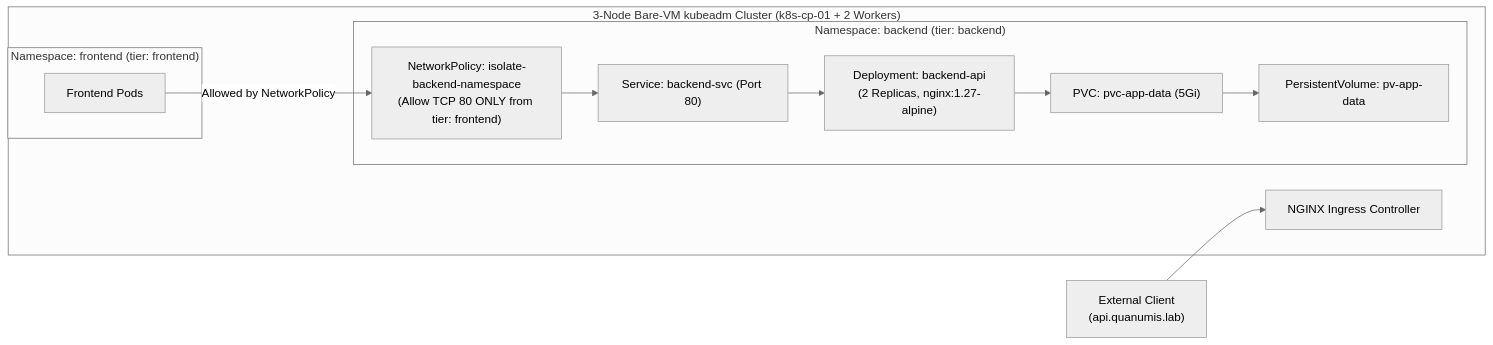
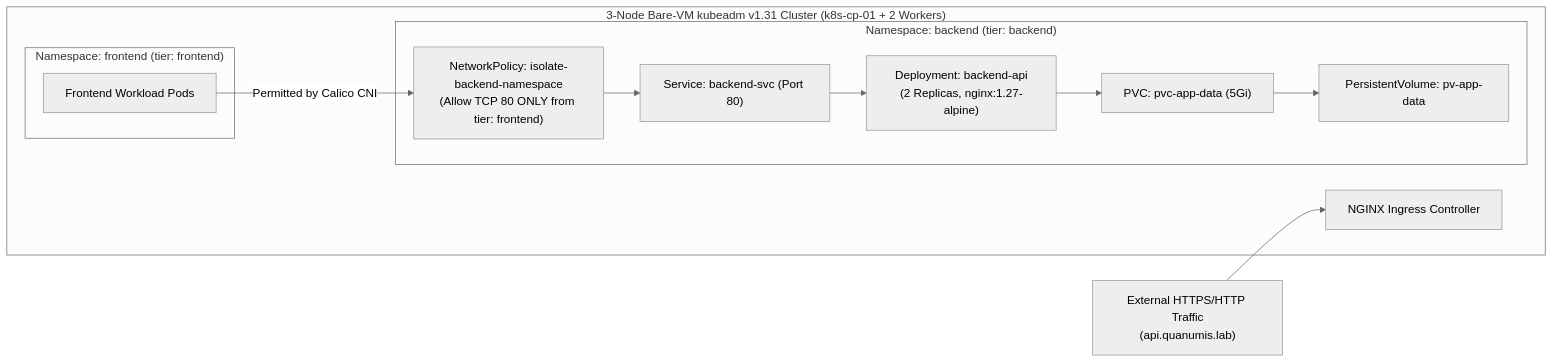
One commit to Phlotonic/home-lab-templates-portfolio changed the diagram in 06-cka-kubernetes-chaos-cluster/EXPLAIN-IT-SIMPLY.md. Above: the diagram before and after it, drawn with Mermaid (neutral theme). The commit also changed other lines of this file and 9 other files, not shown here.

Commit message:
docs(architecture): polish repository to enterprise production standard

````diff
--- a/06-cka-kubernetes-chaos-cluster/EXPLAIN-IT-SIMPLY.md
+++ b/06-cka-kubernetes-chaos-cluster/EXPLAIN-IT-SIMPLY.md
@@ -10,18 +12,18 @@
 ```mermaid
 flowchart LR
-    Client["External Client<br/>(api.quanumis.lab)"] --> Ingress["NGINX Ingress Controller"]
+    Client["External HTTPS/HTTP Traffic<br/>(api.quanumis.lab)"] --> Ingress["NGINX Ingress Controller"]
 
-    subgraph K8s["3-Node Bare-VM kubeadm Cluster (k8s-cp-01 + 2 Workers)"]
+    subgraph K8s["3-Node Bare-VM kubeadm v1.31 Cluster (k8s-cp-01 + 2 Workers)"]
         Ingress
         subgraph NS_Front["Namespace: frontend (tier: frontend)"]
-            FrontPod["Frontend Pods"]
+            FrontPod["Frontend Workload Pods"]
         end
         subgraph NS_Back["Namespace: backend (tier: backend)"]
             NetPol["NetworkPolicy: isolate-backend-namespace<br/>(Allow TCP 80 ONLY from tier: frontend)"]
             BackSvc["Service: backend-svc (Port 80)"] --> BackPod["Deployment: backend-api<br/>(2 Replicas, nginx:1.27-alpine)"]
             BackPod --> PVC["PVC: pvc-app-data (5Gi)"] --> PV["PersistentVolume: pv-app-data"]
         end
     end
 
-    FrontPod -- "Allowed by NetworkPolicy" --> NetPol --> BackSvc
+    FrontPod -- "Permitted by Calico CNI" --> NetPol --> BackSvc
 ```
````
